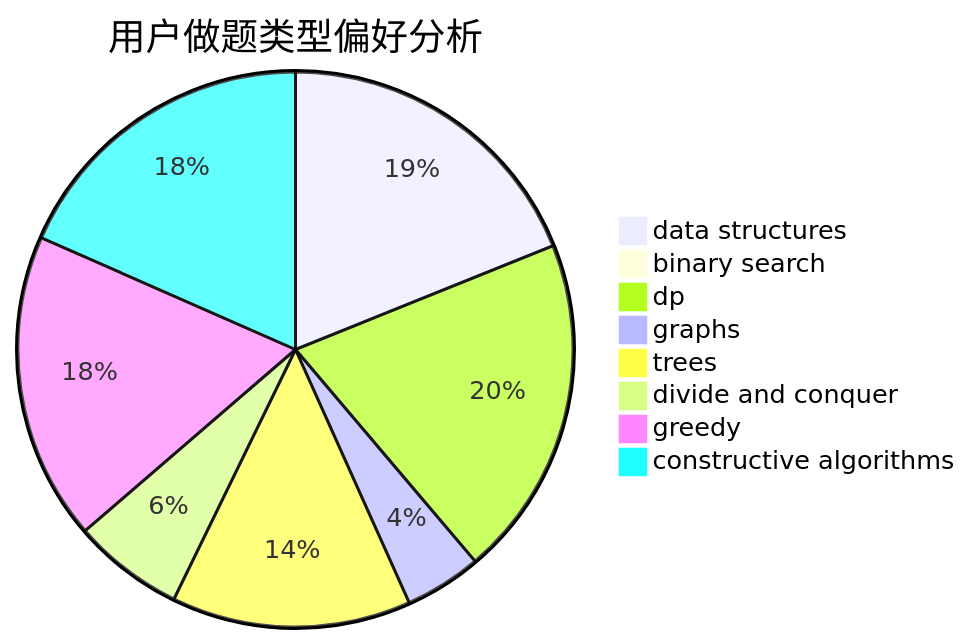
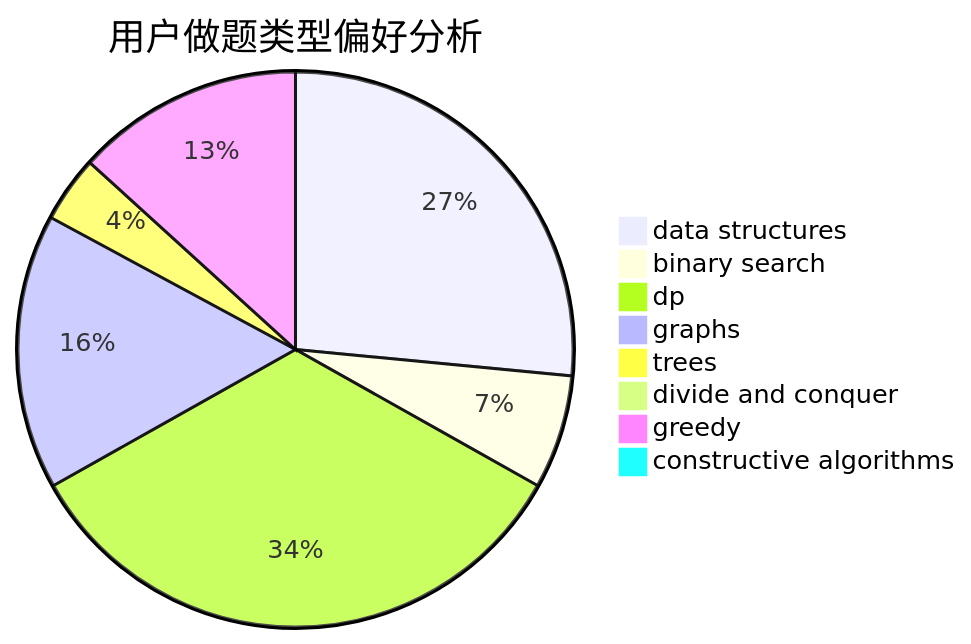
Before and after one commit to sherpahu/cfrs.github.io: the second of 3 diagrams in docs/user/u1691.md, drawn with Mermaid. The commit also changed other lines of this file and 2770 other files, not shown here.

````diff
--- a/docs/user/u1691.md
+++ b/docs/user/u1691.md
@@ -23,11 +23,11 @@
 ```mermaid
 pie title 用户做题类型偏好分析
-    "data structures" :  38
-    "binary search" :  2
-    "dp" :  40
-    "graphs" :  9
-    "trees" :  28
-    "divide and conquer" :  13
-    "greedy" :  36
-    "constructive algorithms" :  37
+    "data structures" :  48
+    "binary search" :  12
+    "dp" :  61
+    "graphs" :  29
+    "trees" :  7
+    "divide and conquer" :  0
+    "greedy" :  24
+    "constructive algorithms" :  0
 ```
````
